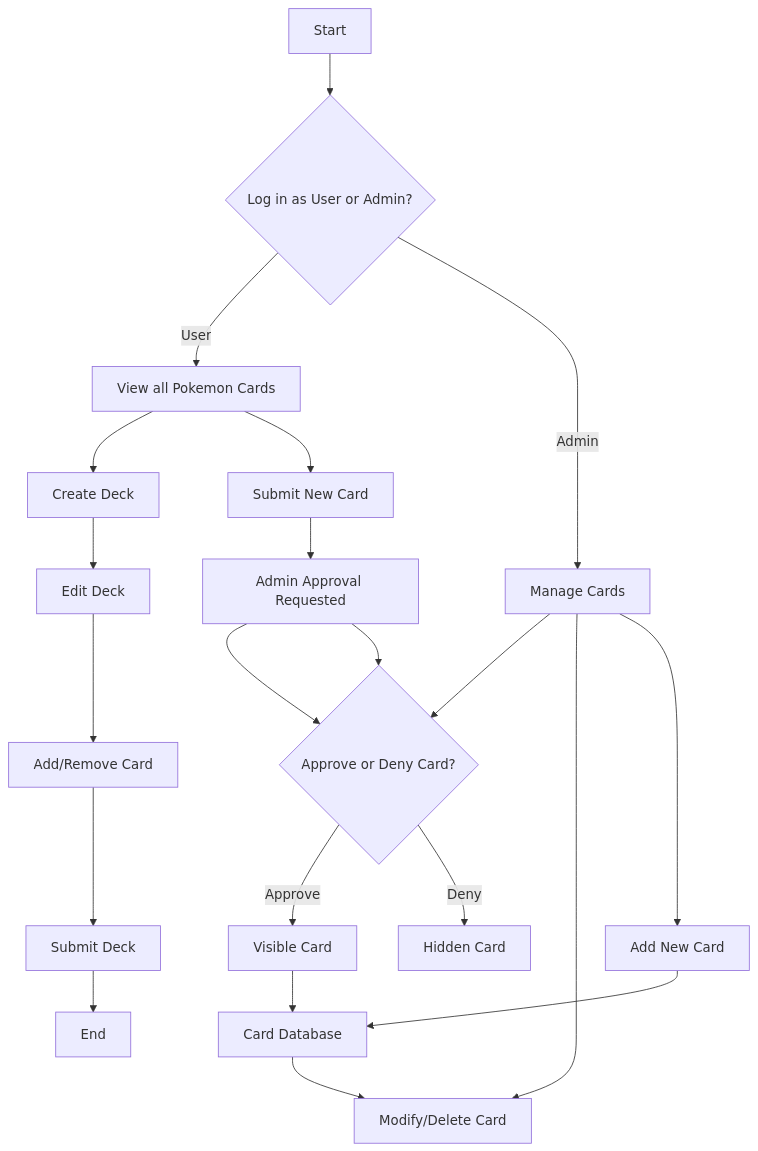
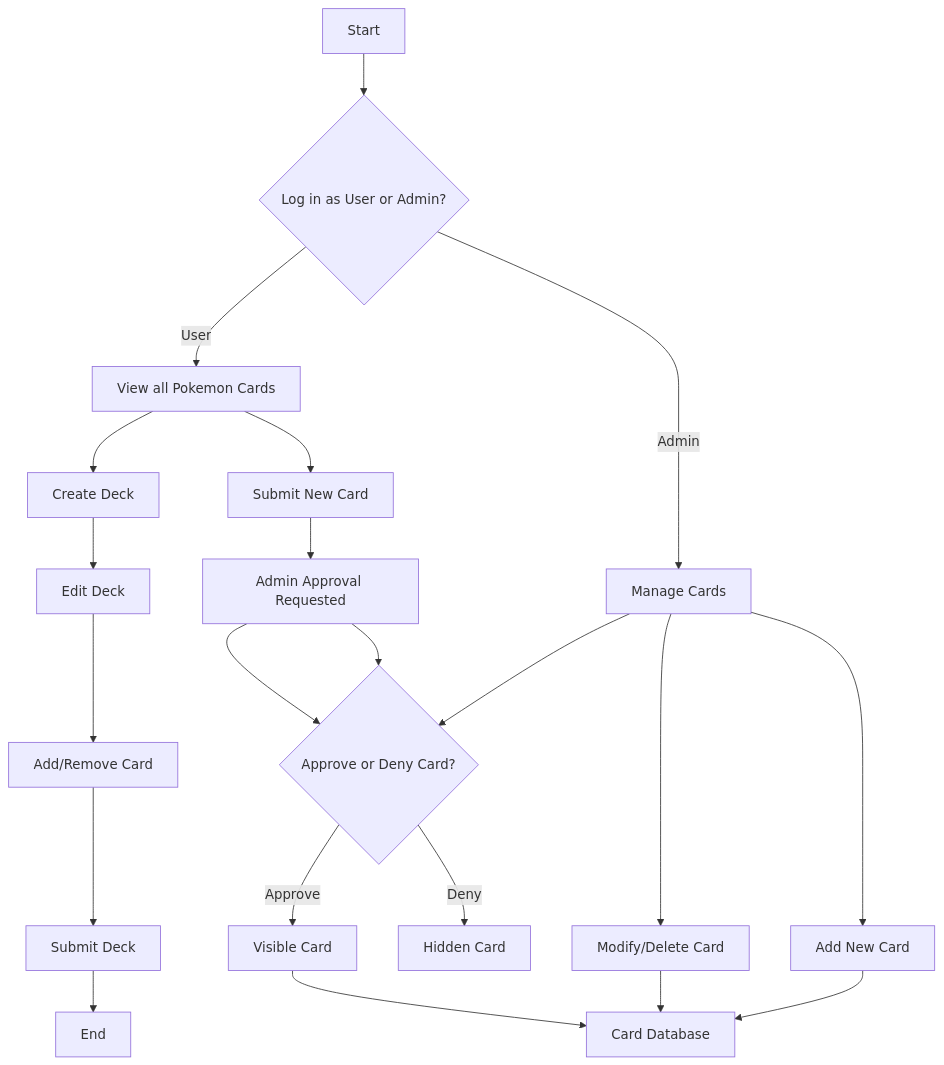
The second of 2 diagrams in mermaid-diagrams/README.md (kyjohnson05/git-practice-KyleJohnson), drawn with Mermaid before and after one commit.

Commit message:
Update README.md
edit User Flow Diagram

````diff
--- a/mermaid-diagrams/README.md
+++ b/mermaid-diagrams/README.md
@@ -31,21 +31,21 @@
 ```mermaid
 flowchart TD
 A[Start] --> B{Log in as User or Admin?}
 B -->|User| C[View all Pokemon Cards]
 B -->|Admin| D[Manage Cards]
 C --> E[Create Deck]
 C --> F[Submit New Card]
 D --> I{Approve or Deny Card?}
 D --> M[Modify/Delete Card]
 D --> N[Add New Card]
 E --> G[Edit Deck]
 F --> H[Admin Approval Requested]
 G --> J[Add/Remove Card]
 H --> I -->|Approve| K[Visible Card]
 H --> I -->|Deny| P[Hidden Card]
 J --> O[Submit Deck]
 K --> L[Card Database]
-L --> M
+M --> L
 N --> L
 O --> Q[End]
 ```
````
